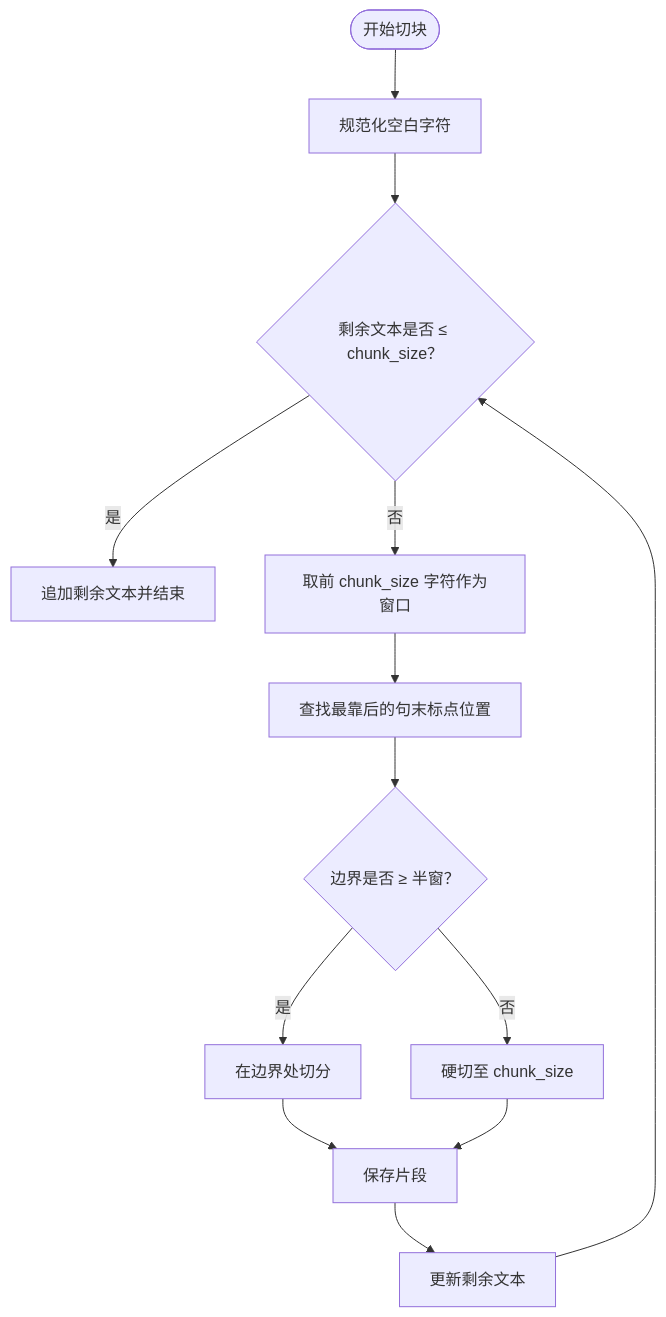
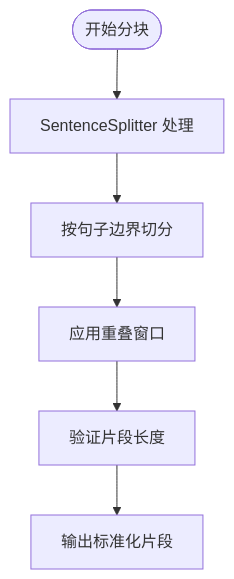
The fourth of 9 diagrams in .qoder/repowiki/zh/content/RAG 知识检索.md (xyx1028/agentHelp), drawn with Mermaid before and after one commit. The commit also changed other lines of this file and 115 other files, not shown here.

````diff
--- a/.qoder/repowiki/zh/content/RAG 知识检索.md
+++ b/.qoder/repowiki/zh/content/RAG 知识检索.md
@@ -131,15 +151,8 @@
 ```mermaid
 flowchart TD
-S(["开始切块"]) --> Normalize["规范化空白字符"]
-Normalize --> CheckLen{"剩余文本是否 ≤ chunk_size？"}
-CheckLen --> |是| Append["追加剩余文本并结束"]
-CheckLen --> |否| Window["取前 chunk_size 字符作为窗口"]
-Window --> FindBoundary["查找最靠后的句末标点位置"]
-FindBoundary --> BoundaryValid{"边界是否 ≥ 半窗？"}
-BoundaryValid --> |是| CutAtBoundary["在边界处切分"]
-BoundaryValid --> |否| HardCut["硬切至 chunk_size"]
-CutAtBoundary --> AppendChunk["保存片段"]
-HardCut --> AppendChunk
-AppendChunk --> UpdateRemaining["更新剩余文本"]
-UpdateRemaining --> CheckLen
+S(["开始分块"]) --> Splitter["SentenceSplitter 处理"]
+Splitter --> SentenceBoundary["按句子边界切分"]
+SentenceBoundary --> Overlap["应用重叠窗口"]
+Overlap --> Validate["验证片段长度"]
+Validate --> Output["输出标准化片段"]
 ```
````
